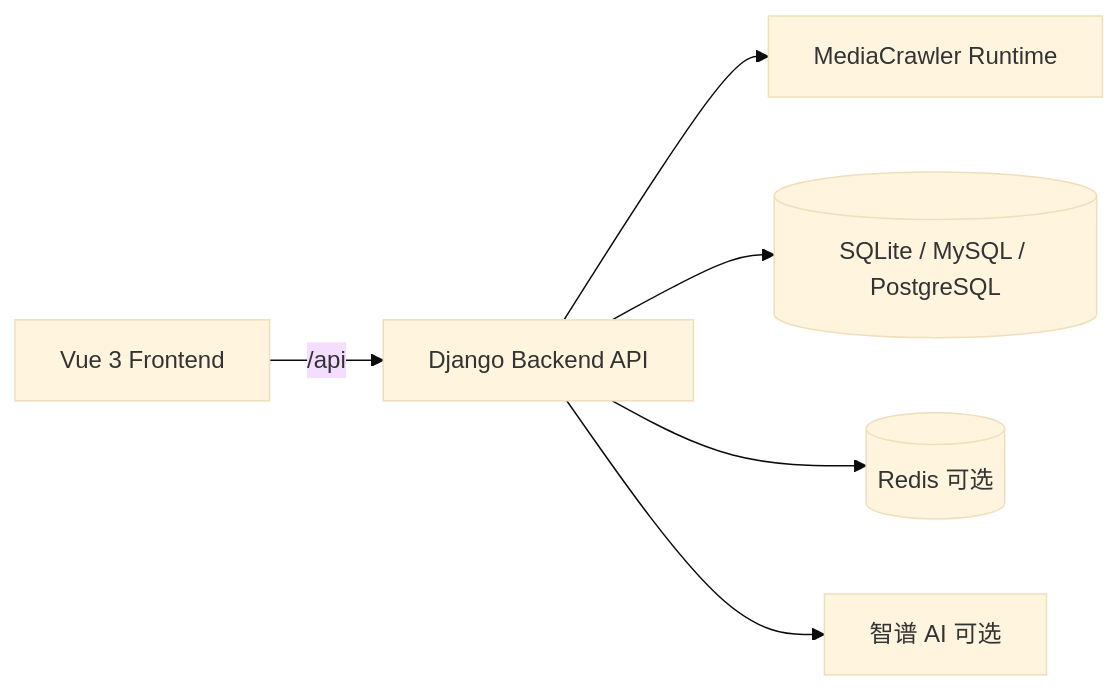
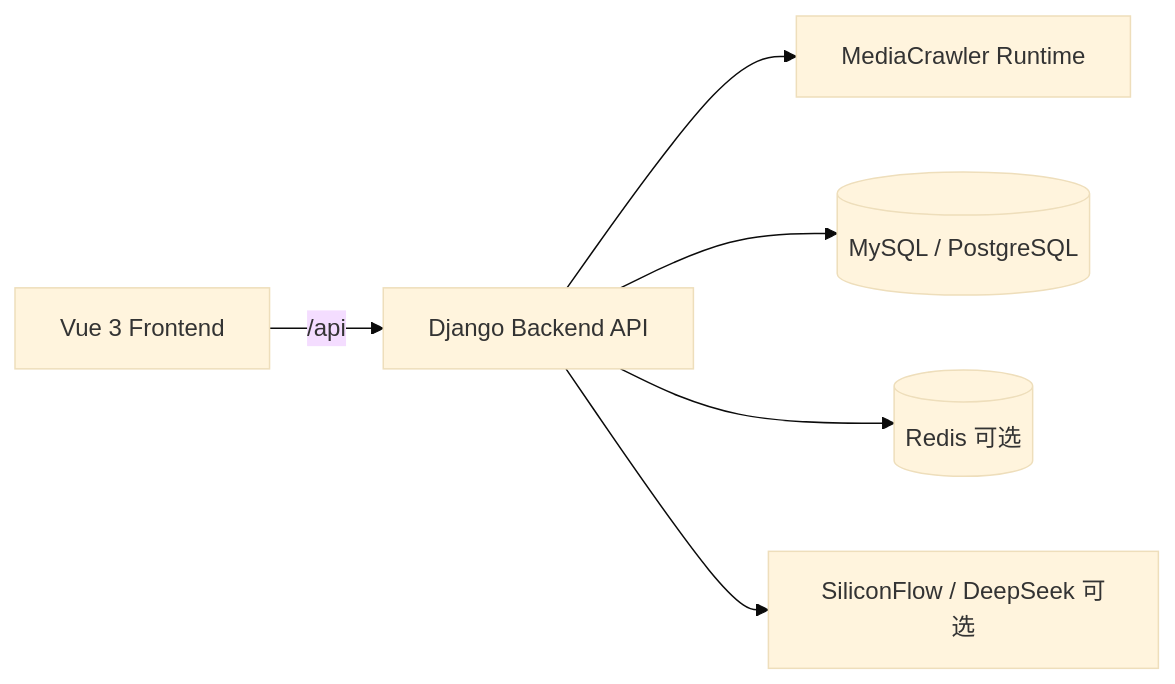
Before and after one commit to caihaodong111/cj: the diagram in README.md, drawn with Mermaid (base theme). The commit also changed other lines of this file and 37 other files, not shown here.

````diff
--- a/README.md
+++ b/README.md
@@ -46,8 +46,8 @@
 ```mermaid
 flowchart LR
     UI[Vue 3 Frontend] -->|/api| API[Django Backend API]
     API --> Crawler[MediaCrawler Runtime]
-    API --> DB[(SQLite / MySQL / PostgreSQL)]
+    API --> DB[(MySQL / PostgreSQL)]
     API --> Cache[(Redis 可选)]
-    API --> AI[智谱 AI 可选]
+    API --> AI[SiliconFlow / DeepSeek 可选]
 ```
````
